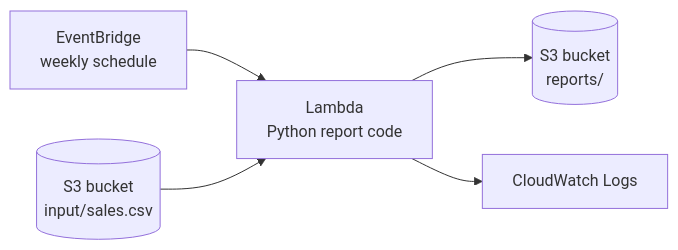
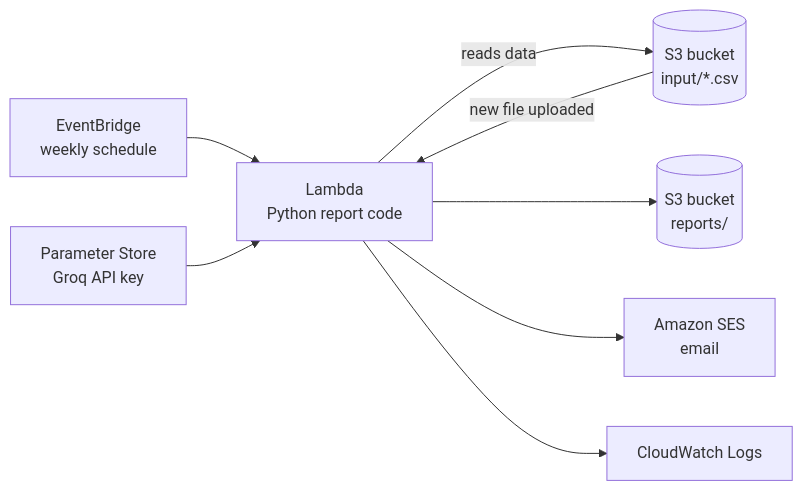
The diagram in README.md (gabrielatwater/weekly-sales-report), drawn with Mermaid before and after one commit. The commit also changed other lines of this file, not shown here.

````diff
--- a/README.md
+++ b/README.md
@@ -35,7 +35,10 @@
 ```mermaid
 flowchart LR
     A["EventBridge<br/>weekly schedule"] --> B["Lambda<br/>Python report code"]
-    C[("S3 bucket<br/>input/sales.csv")] --> B
+    C[("S3 bucket<br/>input/*.csv")] -- "new file uploaded" --> B
+    B -- "reads data" --> C
     B --> D[("S3 bucket<br/>reports/")]
-    B --> E["CloudWatch Logs"]
+    B --> E["Amazon SES<br/>email"]
+    B --> F["CloudWatch Logs"]
+    G["Parameter Store<br/>Groq API key"] --> B
 ```
````
